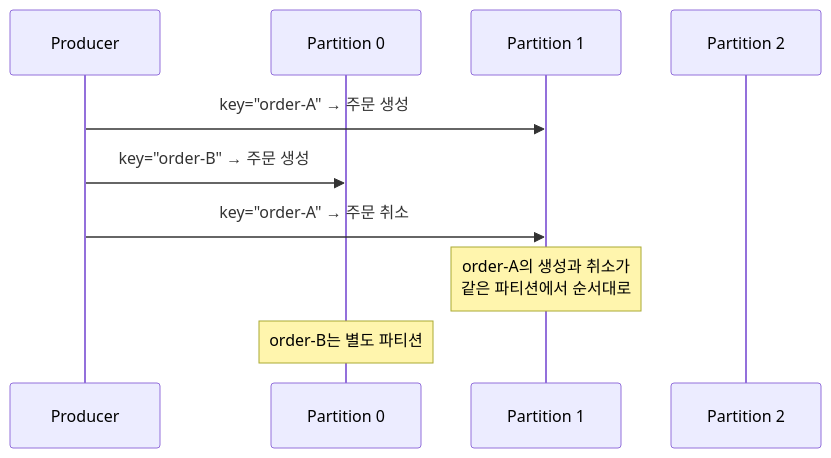
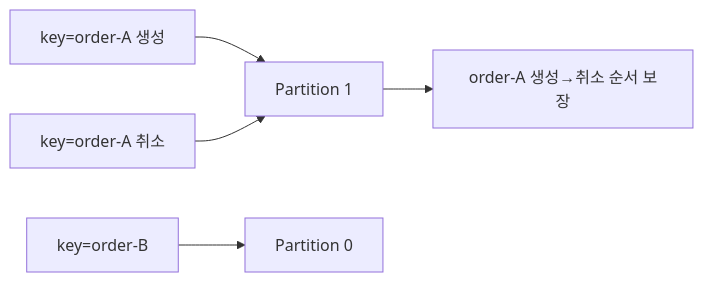
One commit to ghtjr410/kafka-lab changed the first of 2 diagrams in docs/book/2-spring/03-partition-concurrency.md. Above: the diagram before and after it, drawn with Mermaid. The commit also changed other lines of this file and 1 other file, not shown here.

First line of the commit message:
docs(II권): 본편 3장 파티션 & 동시성 재산문화

````diff
--- a/docs/book/2-spring/03-partition-concurrency.md
+++ b/docs/book/2-spring/03-partition-concurrency.md
@@ -31,14 +22,7 @@
 ```mermaid
-sequenceDiagram
-    participant P as Producer
-    participant P0 as Partition 0
-    participant P1 as Partition 1
-    participant P2 as Partition 2
-
-    P->>P1: key="order-A" → 주문 생성
-    P->>P0: key="order-B" → 주문 생성
-    P->>P1: key="order-A" → 주문 취소
-
-    Note over P1: order-A의 생성과 취소가<br/>같은 파티션에서 순서대로
-    Note over P0: order-B는 별도 파티션
+graph LR
+    A["key=order-A 생성"] --> P1["Partition 1"]
+    B["key=order-A 취소"] --> P1
+    C["key=order-B"] --> P0["Partition 0"]
+    P1 --> S["order-A 생성→취소 순서 보장"]
 ```
````
